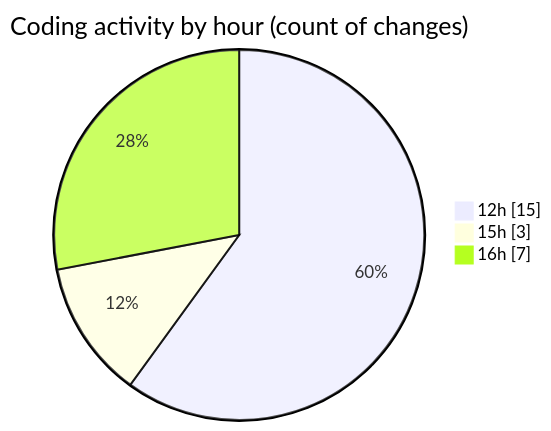
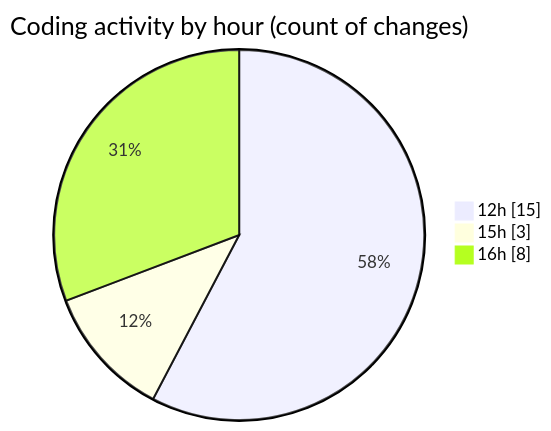
One commit to nxtqubesakshisongat/code-tracking changed the second of 2 diagrams in 2026-03-27/nxtqube_webapp/README.md. Above: the diagram before and after it, drawn with Mermaid. The commit also changed other lines of this file and 1 other file, not shown here.

````diff
--- a/2026-03-27/nxtqube_webapp/README.md
+++ b/2026-03-27/nxtqube_webapp/README.md
@@ -32,7 +33,7 @@
 ```mermaid
 pie showData
 title Coding activity by hour (count of changes)
 "12h" : 15
 "15h" : 3
-"16h" : 7
+"16h" : 8
 ```
````
